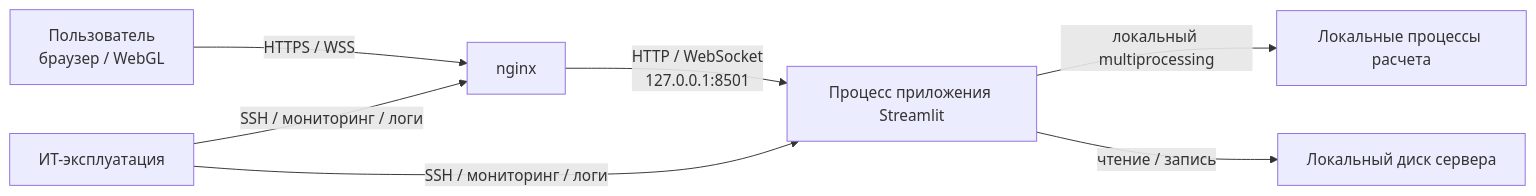
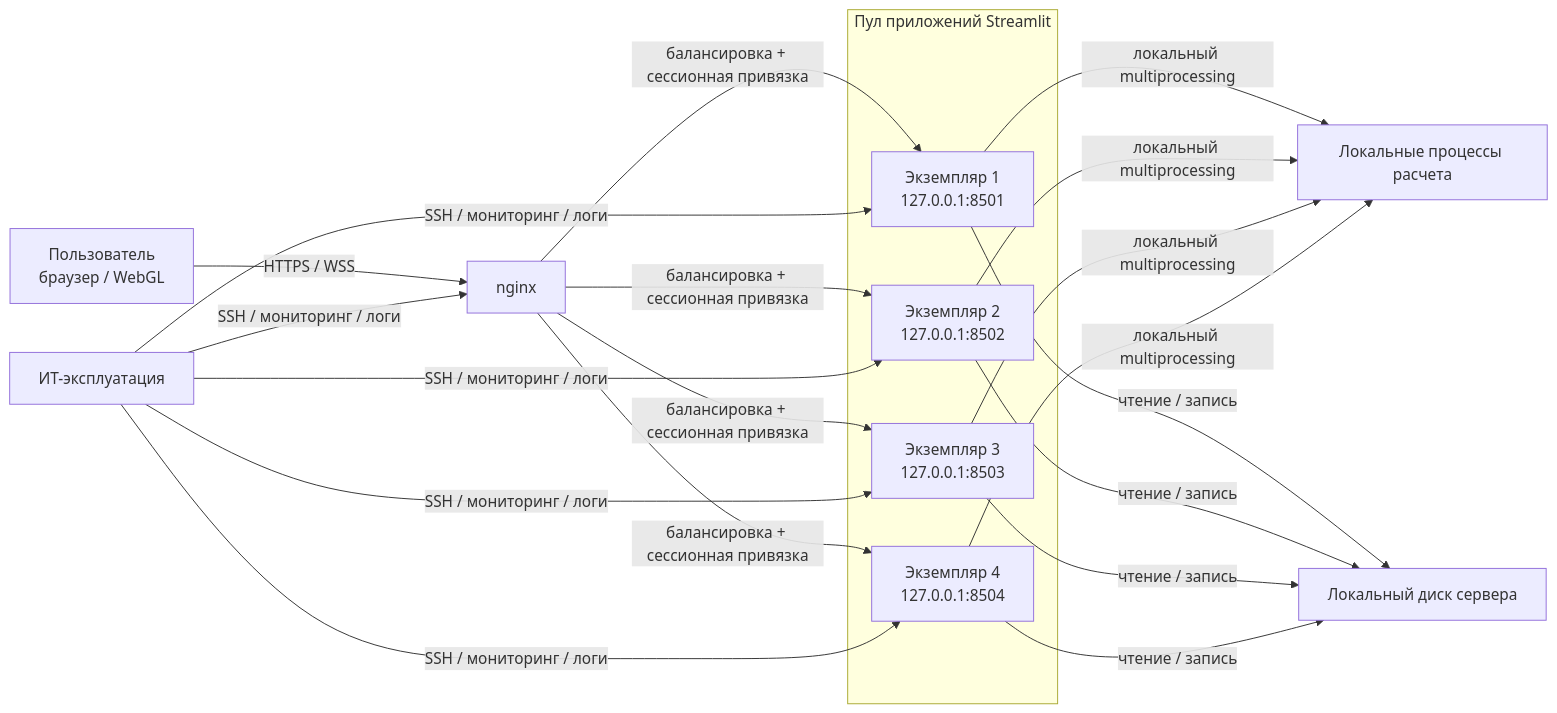
One commit to lun1tunes/pywp changed the diagram in docs.md. Above: the diagram before and after it, drawn with Mermaid. The commit also changed other lines of this file, not shown here.

````diff
--- a/docs.md
+++ b/docs.md
@@ -144,9 +154,32 @@
 ```mermaid
 flowchart LR
     U[Пользователь<br/>браузер / WebGL] -->|HTTPS / WSS| RP[nginx]
-    RP -->|HTTP / WebSocket<br/>127.0.0.1:8501| APP[Процесс приложения Streamlit]
-    APP -->|локальный multiprocessing| W[Локальные процессы расчета]
-    APP -->|чтение / запись| FS[Локальный диск сервера]
+
+    subgraph AP[Пул приложений Streamlit]
+        A1[Экземпляр 1<br/>127.0.0.1:8501]
+        A2[Экземпляр 2<br/>127.0.0.1:8502]
+        A3[Экземпляр 3<br/>127.0.0.1:8503]
+        A4[Экземпляр 4<br/>127.0.0.1:8504]
+    end
+
+    RP -->|балансировка + сессионная привязка| A1
+    RP -->|балансировка + сессионная привязка| A2
+    RP -->|балансировка + сессионная привязка| A3
+    RP -->|балансировка + сессионная привязка| A4
+
+    A1 -->|локальный multiprocessing| W[Локальные процессы расчета]
+    A2 -->|локальный multiprocessing| W
+    A3 -->|локальный multiprocessing| W
+    A4 -->|локальный multiprocessing| W
+
+    A1 -->|чтение / запись| FS[Локальный диск сервера]
+    A2 -->|чтение / запись| FS
+    A3 -->|чтение / запись| FS
+    A4 -->|чтение / запись| FS
+
     OPS[ИТ-эксплуатация] -->|SSH / мониторинг / логи| RP
-    OPS -->|SSH / мониторинг / логи| APP
+    OPS -->|SSH / мониторинг / логи| A1
+    OPS -->|SSH / мониторинг / логи| A2
+    OPS -->|SSH / мониторинг / логи| A3
+    OPS -->|SSH / мониторинг / логи| A4
 ```
````
